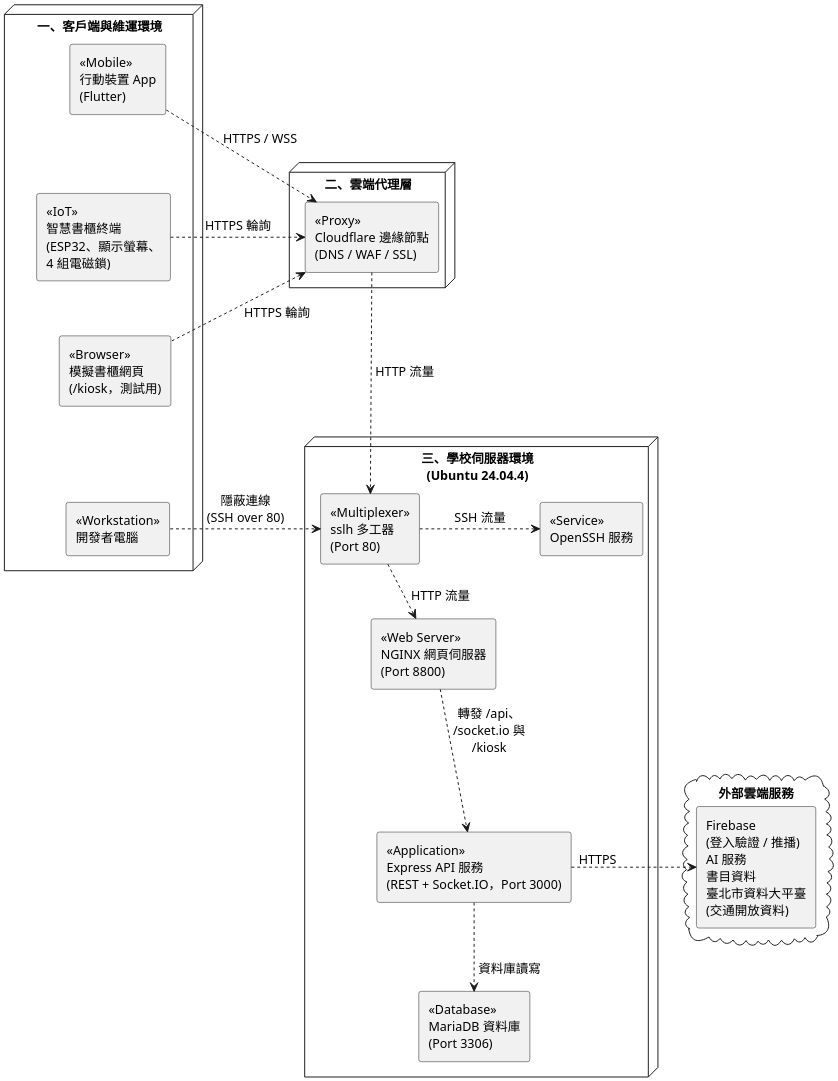
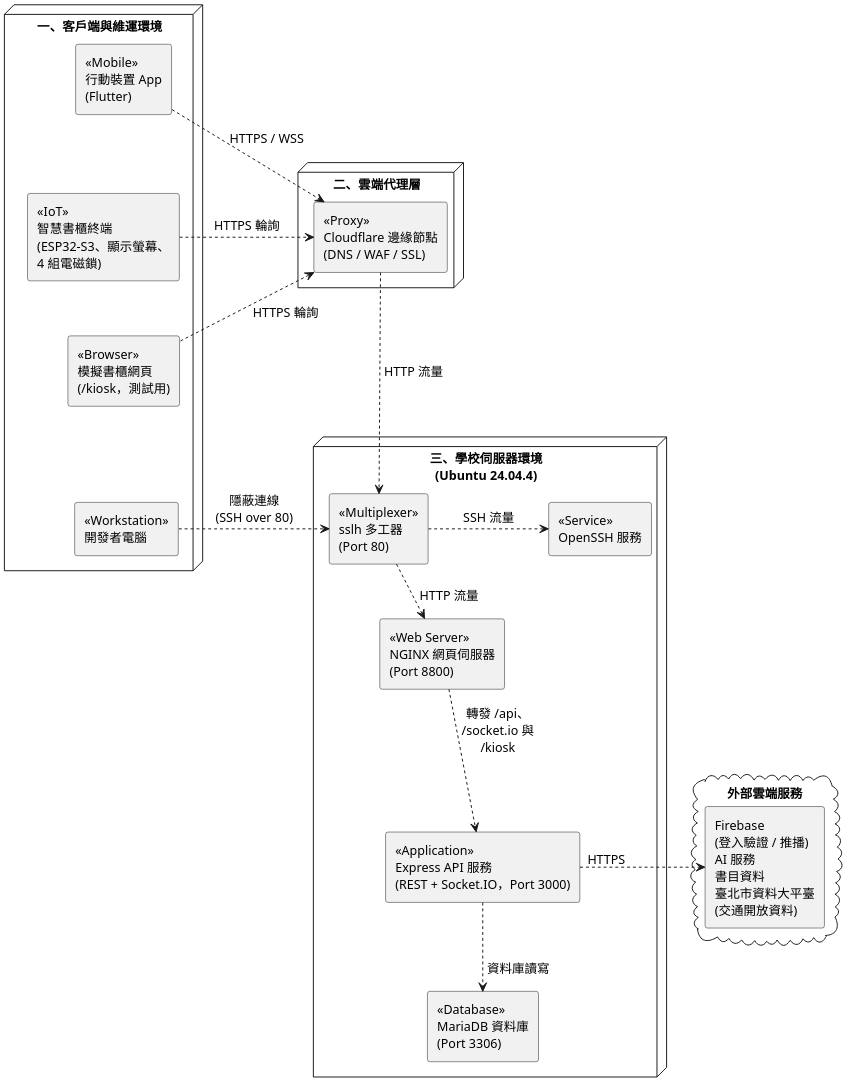
One commit to SaveMyBook/SaveMyBook changed the diagram in Diagrams/System Architecture/v3/deployment.puml. Above: the diagram before and after it, drawn with PlantUML. The commit also changed 29 other files, not shown here.

```diff
--- a/Diagrams/System Architecture/v3/deployment.puml
+++ b/Diagrams/System Architecture/v3/deployment.puml
@@ -1,48 +1,48 @@
 @startuml
 skinparam monochrome true
 skinparam shadowing false
 skinparam dpi 220
 skinparam defaultFontName "PingFang TC"
 skinparam defaultFontSize 13
 skinparam componentStyle rectangle
 skinparam nodesep 70
 skinparam ranksep 30
 
 node "一、客戶端與維運環境" {
   component "<<Mobile>>\n行動裝置 App\n(Flutter)" as app
-  component "<<IoT>>\n智慧書櫃終端\n(ESP32、顯示螢幕、\n4 組電磁鎖)" as iot
+  component "<<IoT>>\n智慧書櫃終端\n(ESP32-S3、顯示螢幕、\n4 組電磁鎖)" as iot
   component "<<Browser>>\n模擬書櫃網頁\n(/kiosk，測試用)" as kiosk
   component "<<Workstation>>\n開發者電腦" as dev
 }
 
 node "二、雲端代理層" {
   component "<<Proxy>>\nCloudflare 邊緣節點\n(DNS / WAF / SSL)" as cf
 }
 
 node "三、學校伺服器環境\n(Ubuntu 24.04.4)" {
   component "<<Multiplexer>>\nsslh 多工器\n(Port 80)" as sslh
   component "<<Service>>\nOpenSSH 服務" as ssh
   component "<<Web Server>>\nNGINX 網頁伺服器\n(Port 8800)" as nginx
   component "<<Application>>\nExpress API 服務\n(REST + Socket.IO，Port 3000)" as api
   component "<<Database>>\nMariaDB 資料庫\n(Port 3306)" as db
 }
 
 cloud "外部雲端服務" as ext {
   component "Firebase\n(登入驗證 / 推播)\nAI 服務\n書目資料\n臺北市資料大平臺\n(交通開放資料)" as fb
 }
 
 app -[hidden]down- iot
 iot -[hidden]down- kiosk
 kiosk -[hidden]down- dev
 
 app .down.> cf : HTTPS / WSS
 iot .right.> cf : HTTPS 輪詢
 kiosk .up.> cf : HTTPS 輪詢
 dev .right.> sslh : 隱蔽連線\n(SSH over 80)
 cf .down.> sslh : <U+00A0>HTTP 流量
 sslh .right.> ssh : SSH 流量
 sslh .down.> nginx : <U+00A0>HTTP 流量
 nginx .down.> api : 轉發 /api、\n/socket.io 與\n/kiosk
 api .down.> db : <U+00A0>資料庫讀寫
 api "HTTPS" .right.> fb
 @enduml
```
